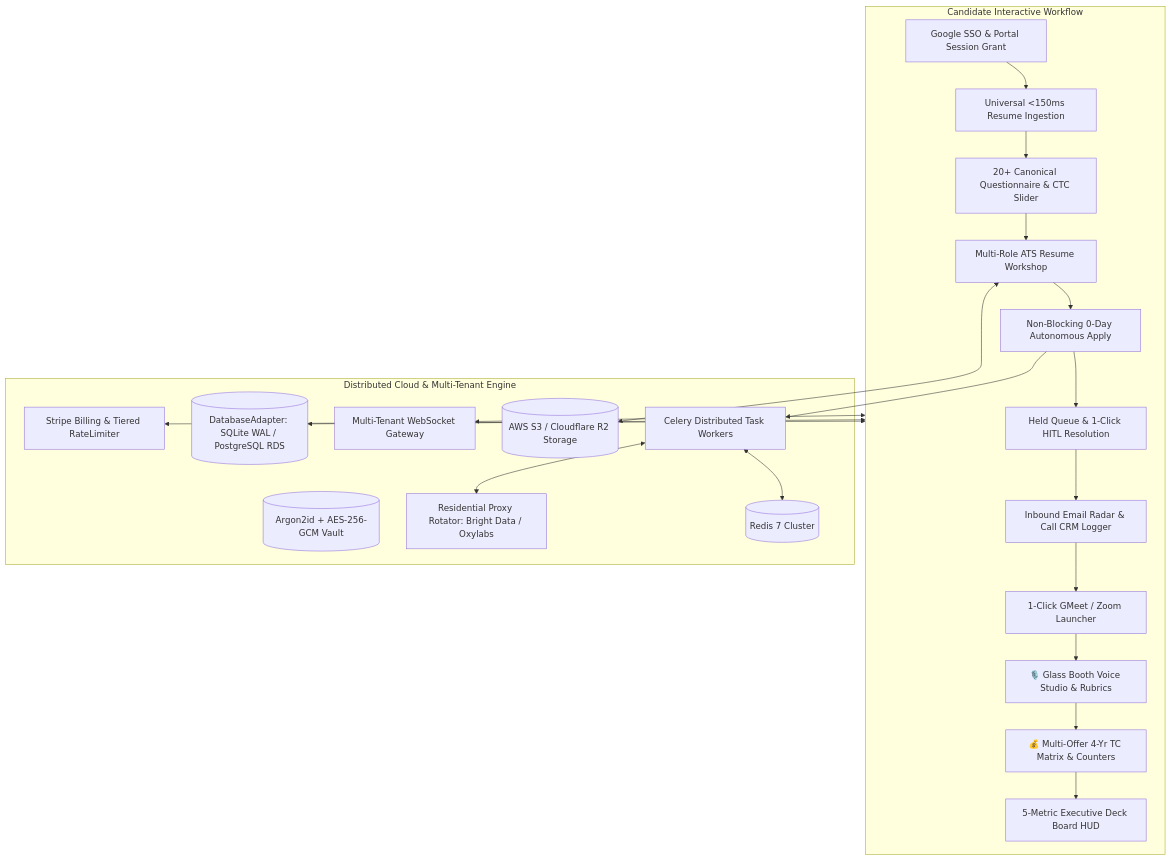
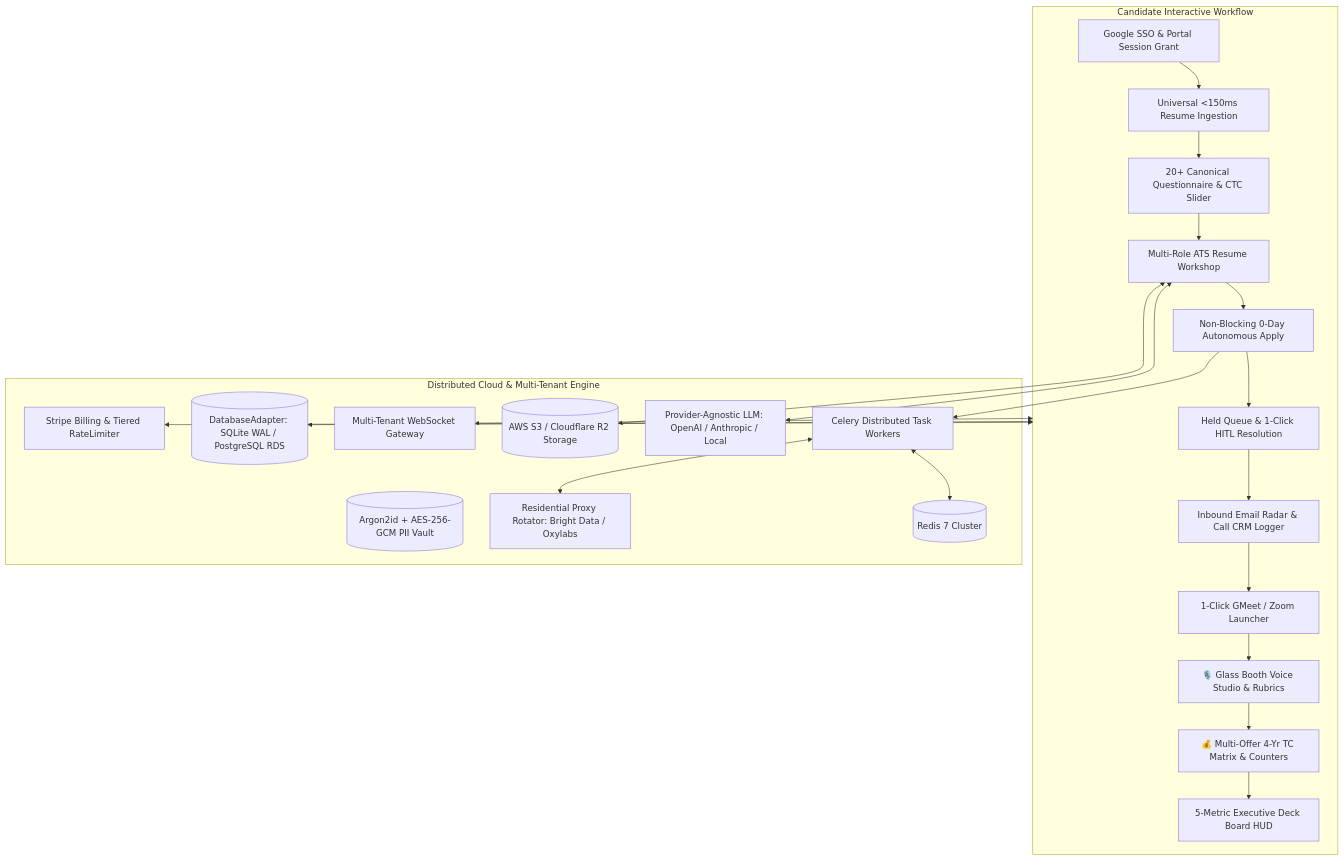
Before and after one commit to satyajit7018/JobCopilot: the diagram in README.md, drawn with Mermaid. The commit also changed other lines of this file, not shown here.

Commit message:
docs: update README to accurately reflect live features and architectural roadmap

````diff
--- a/README.md
+++ b/README.md
@@ -56,34 +57,36 @@
 ```mermaid
 flowchart TD
     subgraph CandidateJourney [Candidate Interactive Workflow]
         A[Google SSO & Portal Session Grant] --> B[Universal <150ms Resume Ingestion]
         B --> C[20+ Canonical Questionnaire & CTC Slider]
         C --> D[Multi-Role ATS Resume Workshop]
         D --> E[Non-Blocking 0-Day Autonomous Apply]
         E --> F[Held Queue & 1-Click HITL Resolution]
         F --> G[Inbound Email Radar & Call CRM Logger]
         G --> H[1-Click GMeet / Zoom Launcher]
         H --> I[🎙️ Glass Booth Voice Studio & Rubrics]
         I --> J[💰 Multi-Offer 4-Yr TC Matrix & Counters]
         J --> K[5-Metric Executive Deck Board HUD]
     end
 
     subgraph DistributedSaaS [Distributed Cloud & Multi-Tenant Engine]
         DB[(DatabaseAdapter: SQLite WAL / PostgreSQL RDS)]
-        Vault[(Argon2id + AES-256-GCM Vault)]
+        Vault[(Argon2id + AES-256-GCM PII Vault)]
+        LLM[Provider-Agnostic LLM: OpenAI / Anthropic / Local]
         Redis[(Redis 7 Cluster)]
         CeleryWorker[Celery Distributed Task Workers]
         S3Storage[(AWS S3 / Cloudflare R2 Storage)]
         ProxyPool[Residential Proxy Rotator: Bright Data / Oxylabs]
         WSGateway[Multi-Tenant WebSocket Gateway]
         StripeGateway[Stripe Billing & Tiered RateLimiter]
     end
 
     CandidateJourney <--> WSGateway
     CandidateJourney <--> DB
+    D <--> LLM
     E --> CeleryWorker
     CeleryWorker <--> Redis
     CeleryWorker <--> ProxyPool
     D <--> S3Storage
     CandidateJourney <--> StripeGateway
 ```
````
